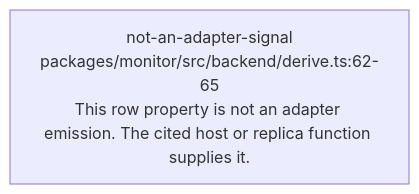
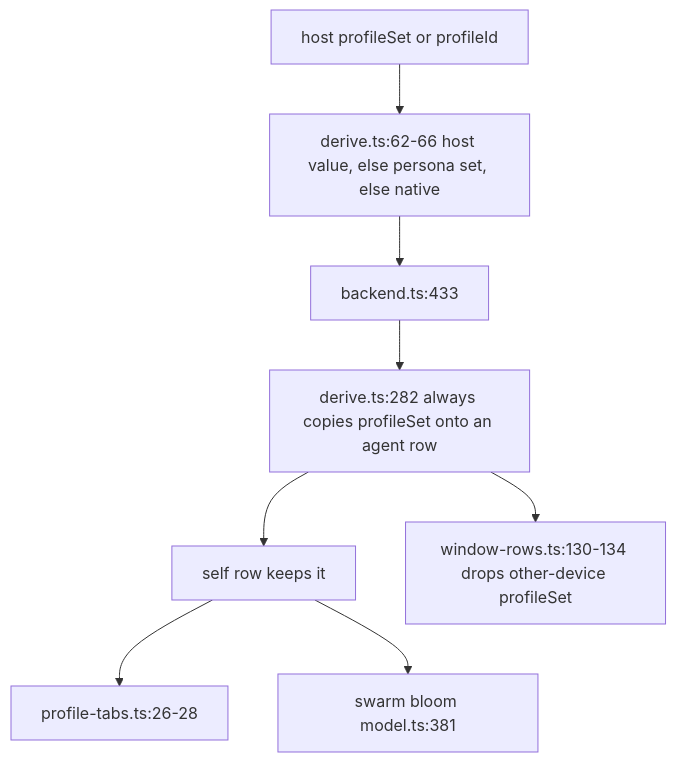
Before and after one commit to vibefield/puppeteer: the diagram in audit/godview/evidence/antigravity/profileSet.mmd, drawn with Mermaid. The commit also changed 630 other files, not shown here.

First line of the commit message:
Record source scope and field-domain reachability for first-half rows.

```diff
--- a/audit/godview/evidence/antigravity/profileSet.mmd
+++ b/audit/godview/evidence/antigravity/profileSet.mmd
@@ -1,5 +1,11 @@
 %% field: field.profileSet
 %% adapter: antigravity
-%% forensic: source-read 748d015a7e393112e0a91dad80111fdf5abe6583; not a live sample
+%% sourceScope: common-runtime
 flowchart TD
-  n0["not-an-adapter-signal\npackages/monitor/src/backend/derive.ts:62-65\nThis row property is not an adapter emission. The cited host or replica function supplies it."]
+  inputs["host profileSet or profileId"] --> resolve["derive.ts:62-66 host value, else persona set, else native"]
+  resolve --> apply["backend.ts:433"]
+  apply --> row["derive.ts:282 always copies profileSet onto an agent row"]
+  row --> self["self row keeps it"]
+  row --> peer["window-rows.ts:130-134 drops other-device profileSet"]
+  self --> tabs["profile-tabs.ts:26-28"]
+  self --> bloom["swarm bloom model.ts:381"]
```
